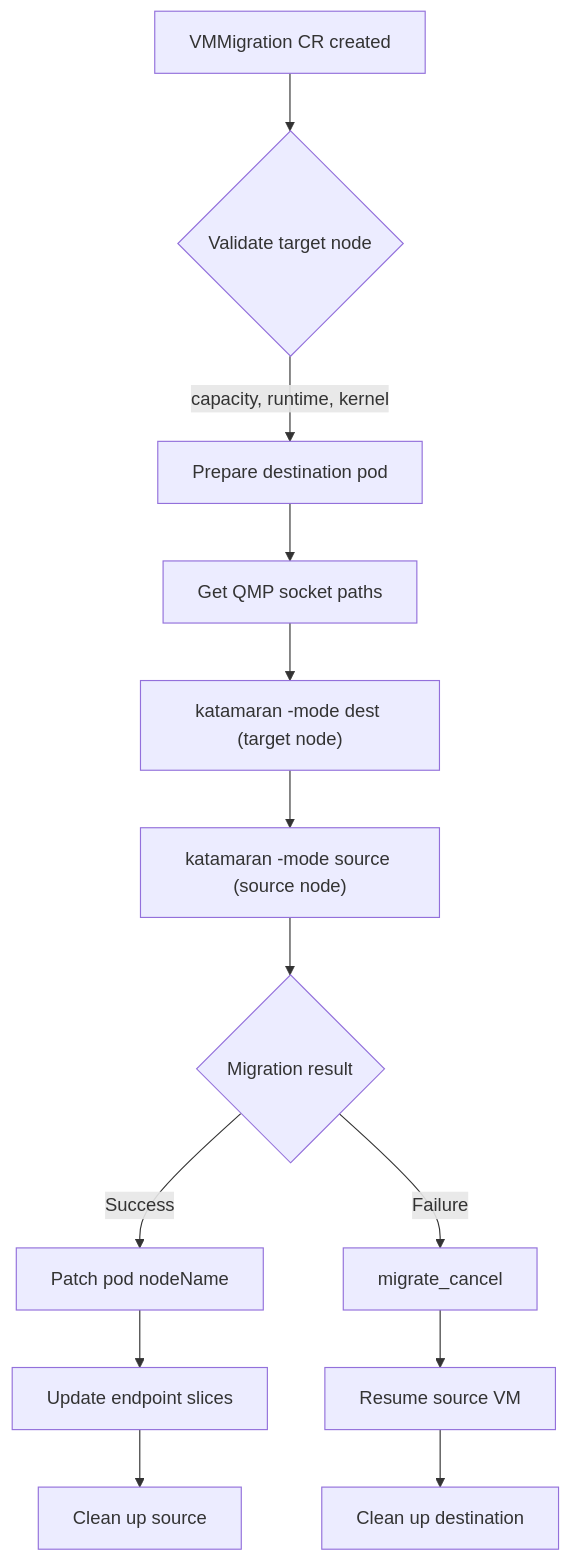
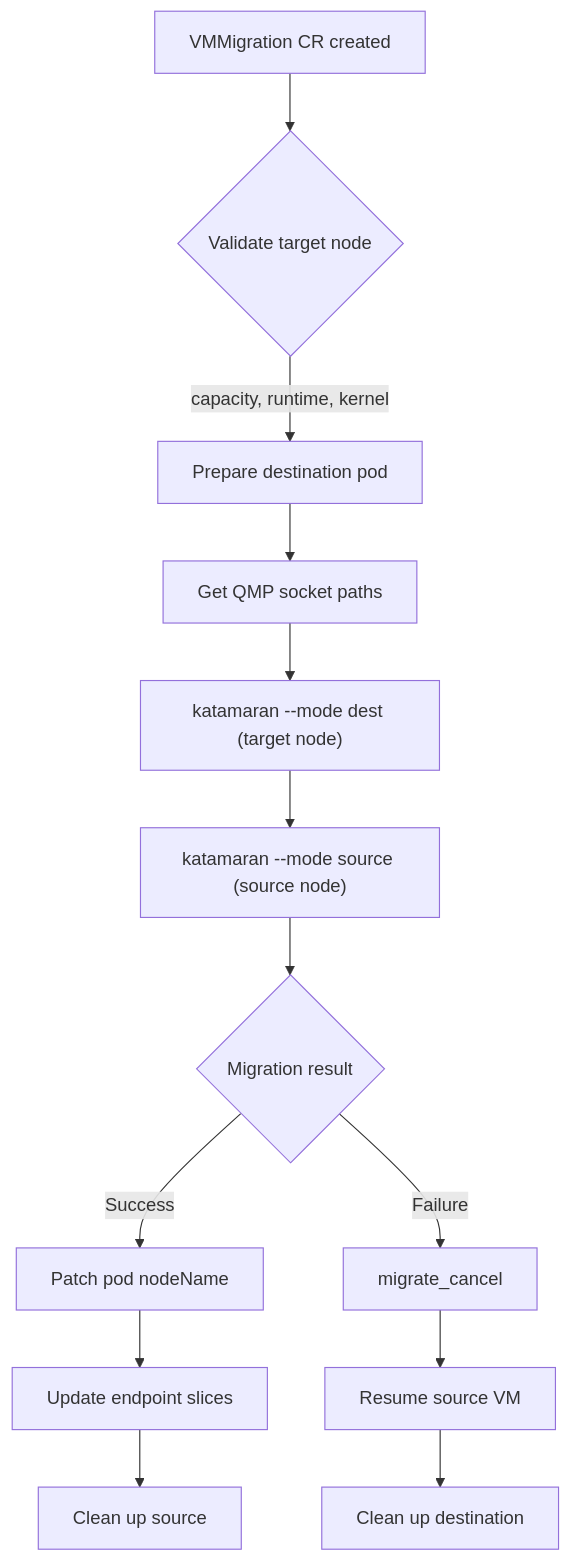
The fifth of 5 diagrams in README.md (maci0/katamaran), drawn with Mermaid before and after one commit. The commit also changed other lines of this file and 16 other files, not shown here.

````diff
--- a/README.md
+++ b/README.md
@@ -515,15 +515,15 @@
 ```mermaid
 flowchart TD
     A[VMMigration CR created] --> B{Validate target node}
     B -->|capacity, runtime, kernel| C[Prepare destination pod]
     C --> D[Get QMP socket paths]
-    D --> E["katamaran -mode dest (target node)"]
-    E --> F["katamaran -mode source (source node)"]
+    D --> E["katamaran --mode dest (target node)"]
+    E --> F["katamaran --mode source (source node)"]
     F --> G{Migration result}
     G -->|Success| H[Patch pod nodeName]
     H --> I[Update endpoint slices]
     I --> J[Clean up source]
     G -->|Failure| K[migrate_cancel]
     K --> L[Resume source VM]
     L --> M[Clean up destination]
 ```
````
